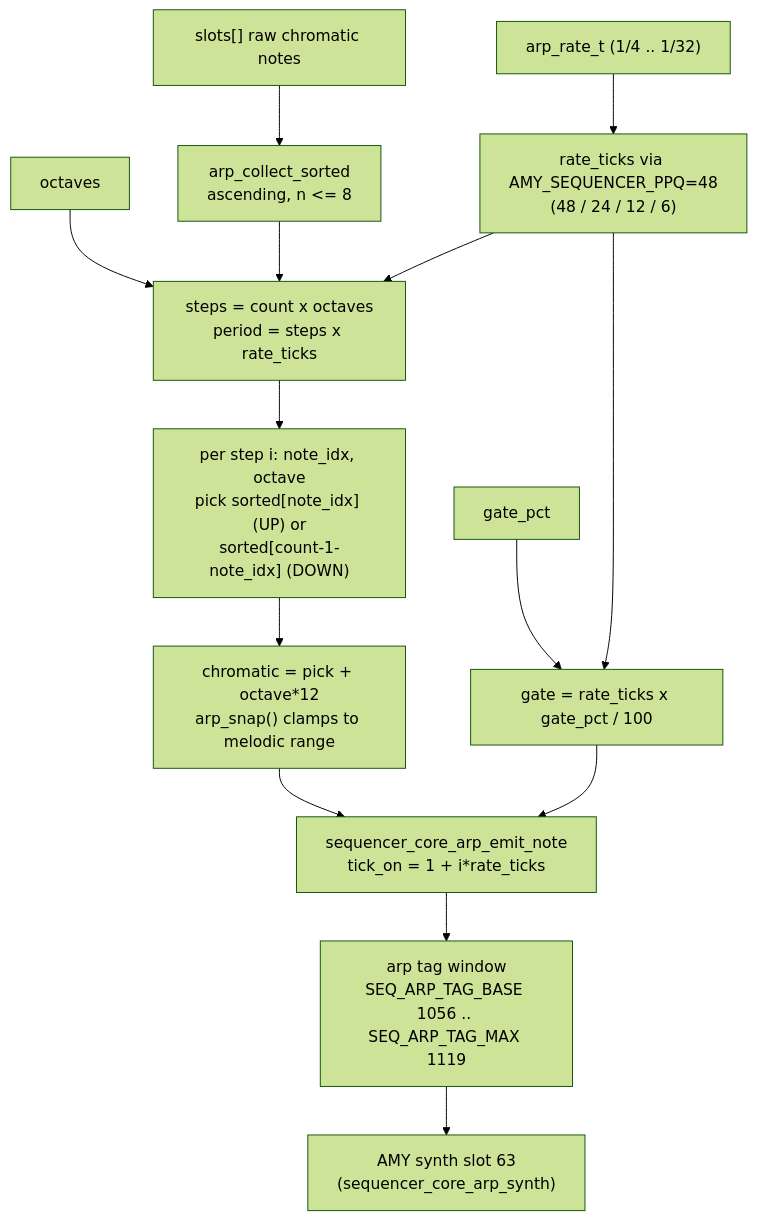
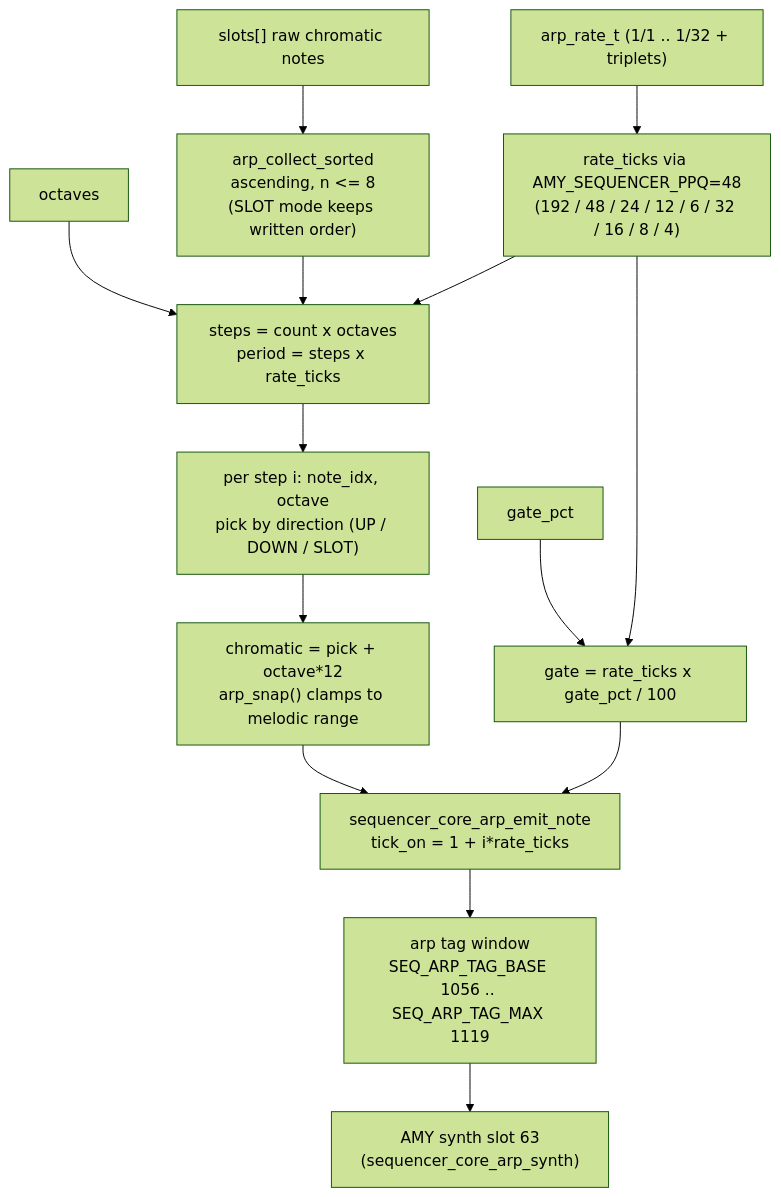
One commit to cxandy/S3-Amysynth changed the second of 3 diagrams in components/synth_core/ARP-ARCHITECTURE.md. Above: the diagram before and after it, drawn with Mermaid (forest theme). The commit also changed other lines of this file and 7 other files, not shown here.

````diff
--- a/components/synth_core/ARP-ARCHITECTURE.md
+++ b/components/synth_core/ARP-ARCHITECTURE.md
@@ -63,16 +66,16 @@
 ```mermaid
 flowchart TD
-    RATE["arp_rate_t (1/4 .. 1/32)"] --> TICKS["rate_ticks via AMY_SEQUENCER_PPQ=48\n(48 / 24 / 12 / 6)"]
-    SLOTS["slots[] raw chromatic notes"] --> SORT["arp_collect_sorted\nascending, n <= 8"]
+    RATE["arp_rate_t (1/1 .. 1/32 + triplets)"] --> TICKS["rate_ticks via AMY_SEQUENCER_PPQ=48\n(192 / 48 / 24 / 12 / 6 / 32 / 16 / 8 / 4)"]
+    SLOTS["slots[] raw chromatic notes"] --> SORT["arp_collect_sorted\nascending, n <= 8\n(SLOT mode keeps written order)"]
     OCT["octaves"] --> STEPS
     SORT --> STEPS["steps = count x octaves\nperiod = steps x rate_ticks"]
     GATEPCT["gate_pct"] --> GATE["gate = rate_ticks x gate_pct / 100"]
     TICKS --> STEPS
     TICKS --> GATE
-    STEPS --> PICK["per step i: note_idx, octave\npick sorted[note_idx] (UP) or\nsorted[count-1-note_idx] (DOWN)"]
+    STEPS --> PICK["per step i: note_idx, octave\npick by direction (UP / DOWN / SLOT)"]
     PICK --> SNAP["chromatic = pick + octave*12\narp_snap() clamps to melodic range"]
     SNAP --> EMIT["sequencer_core_arp_emit_note\ntick_on = 1 + i*rate_ticks"]
     GATE --> EMIT
     EMIT --> TAGWIN["arp tag window\nSEQ_ARP_TAG_BASE 1056 .. SEQ_ARP_TAG_MAX 1119"]
     TAGWIN --> SYNTH["AMY synth slot 63\n(sequencer_core_arp_synth)"]
 ```
````
